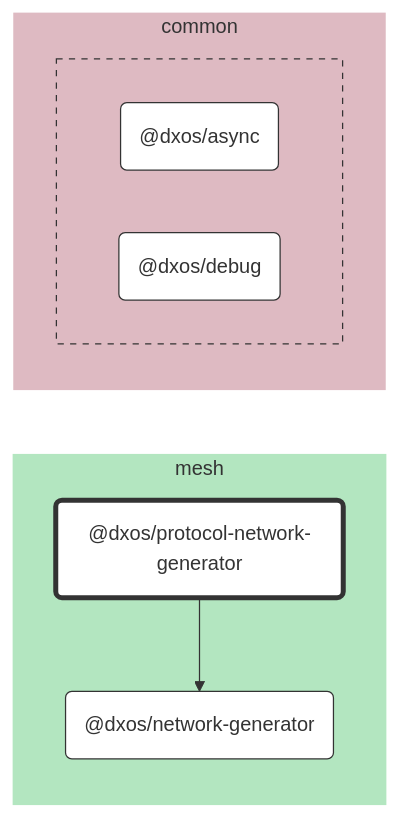
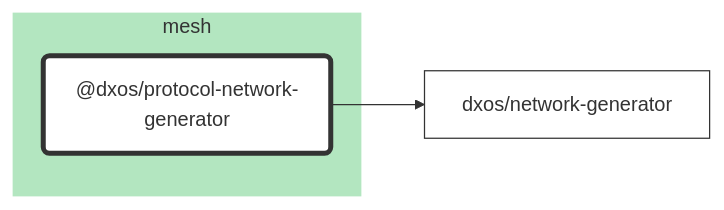
Before and after one commit to dxos/dxos: the diagram in packages/mesh/protocol-network-generator/docs/README.md, drawn with Mermaid. The commit also changed 84 other files, not shown here.

````diff
--- a/packages/mesh/protocol-network-generator/docs/README.md
+++ b/packages/mesh/protocol-network-generator/docs/README.md
@@ -7,45 +7,21 @@
 ```mermaid
 %%{ init: {'flowchart':{'curve':'basis'}} }%%
 
 flowchart LR
 
-%% Links
-dxos/protocol-network-generator --> dxos/network-generator;
+%% Classes
+classDef default fill:#fff,stroke:#333,stroke-width:1px
+classDef root fill:#fff,stroke:#333,stroke-width:4px
 
-%% Sections
-subgraph mesh
-  style mesh fill:#b3e6c0,stroke:#fff;
+%% Nodes
 
-  dxos/network-generator("@dxos/network-generator")
-  dxos/protocol-network-generator("@dxos/protocol-network-generator")
+subgraph mesh [mesh]
+  style mesh fill:#b3e6c0,stroke:#fff
+  dxos/protocol-network-generator("@dxos/protocol-network-generator"):::root
+  click dxos/protocol-network-generator "dxos/dxos/tree/main/packages/mesh/protocol-network-generator/docs"
 end
 
-subgraph common
-  style common fill:#debac2,stroke:#fff;
-
-
-  subgraph common-excluded [ ]
-    style common-excluded fill:#debac2,stroke:#333,stroke-dasharray:5 5;
-
-    dxos/async("@dxos/async")
-    dxos/debug("@dxos/debug")
-  end
-end
-
-
-%% Hyperlinks
-click dxos/async "dxos/dxos/tree/main/packages/common/async/docs";
-click dxos/debug "dxos/dxos/tree/main/packages/common/debug/docs";
-click dxos/network-generator "dxos/dxos/tree/main/packages/mesh/network-generator/docs";
-
-%% Styles
-classDef rootNode fill:#fff,stroke:#333,stroke-width:4px
-classDef defaultNode fill:#fff,stroke:#333,stroke-width:1px
+%% Links
 linkStyle default stroke:#333,stroke-width:1px
-
-dxos/protocol-network-generator:::rootNode
-
-dxos/async:::defaultNode
-dxos/debug:::defaultNode
-dxos/network-generator:::defaultNode
+dxos/protocol-network-generator --> dxos/network-generator
 ```
````
